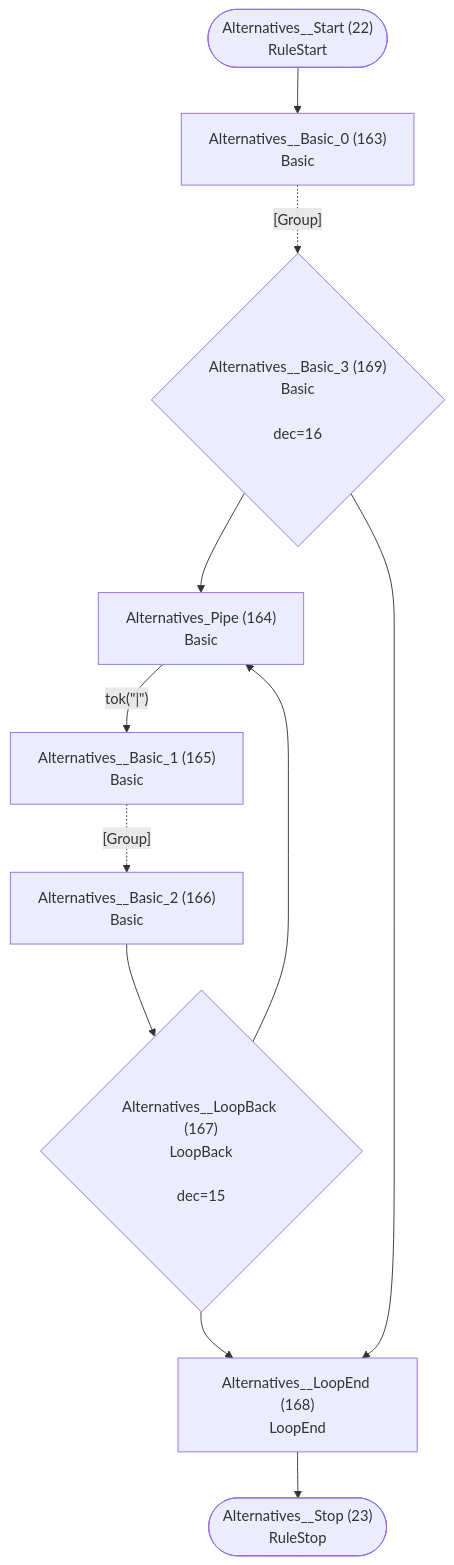
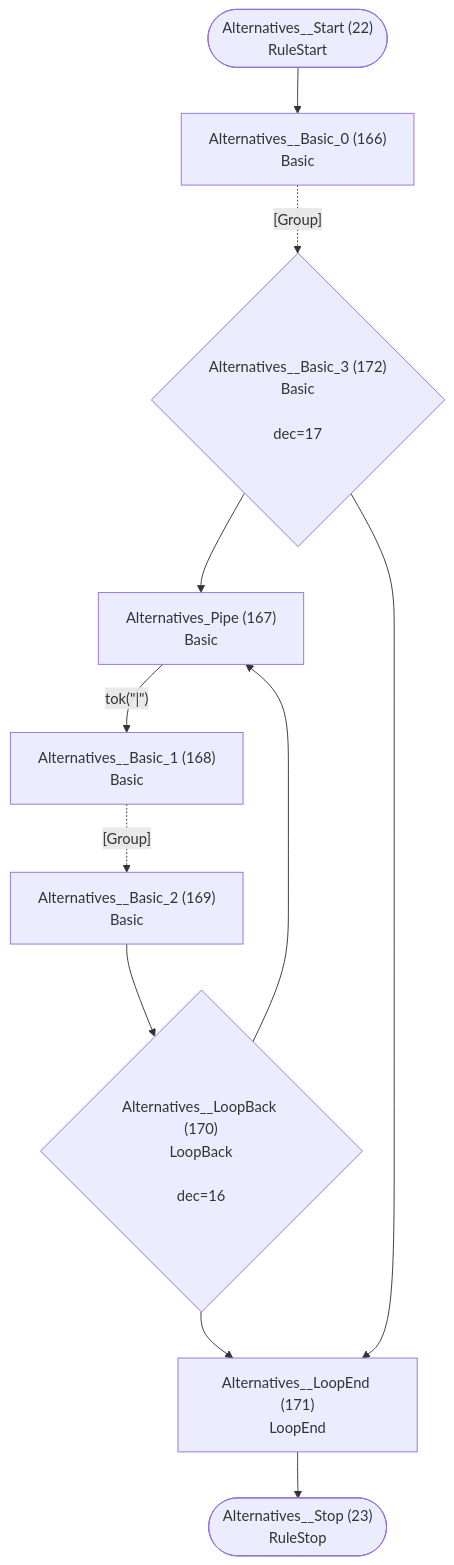
Before and after one commit to TypeFox/fastbelt: diagram 12 of 26 in internal/grammar/atn.md, drawn with Mermaid. The commit also changed other lines of this file and 16 other files, not shown here.

````diff
--- a/internal/grammar/atn.md
+++ b/internal/grammar/atn.md
@@ -359,23 +366,23 @@
 ```mermaid
 flowchart TD
     q22(["Alternatives__Start (22)<br/>RuleStart"])
     q23(["Alternatives__Stop (23)<br/>RuleStop"])
-    q163["Alternatives__Basic_0 (163)<br/>Basic<br/>"]
-    q164["Alternatives_Pipe (164)<br/>Basic<br/>"]
-    q165["Alternatives__Basic_1 (165)<br/>Basic<br/>"]
-    q166["Alternatives__Basic_2 (166)<br/>Basic<br/>"]
-    q167{"Alternatives__LoopBack (167)<br/>LoopBack<br/><br/>dec=15"}
-    q168["Alternatives__LoopEnd (168)<br/>LoopEnd<br/>"]
-    q169{"Alternatives__Basic_3 (169)<br/>Basic<br/><br/>dec=16"}
+    q166["Alternatives__Basic_0 (166)<br/>Basic<br/>"]
+    q167["Alternatives_Pipe (167)<br/>Basic<br/>"]
+    q168["Alternatives__Basic_1 (168)<br/>Basic<br/>"]
+    q169["Alternatives__Basic_2 (169)<br/>Basic<br/>"]
+    q170{"Alternatives__LoopBack (170)<br/>LoopBack<br/><br/>dec=16"}
+    q171["Alternatives__LoopEnd (171)<br/>LoopEnd<br/>"]
+    q172{"Alternatives__Basic_3 (172)<br/>Basic<br/><br/>dec=17"}
 
-    q22 --> q163
-    q163 -.->|"[Group]"| q169
-    q164 -->|"tok(&quot;|&quot;)"| q165
-    q165 -.->|"[Group]"| q166
-    q166 --> q167
-    q167 --> q164
-    q167 --> q168
-    q168 --> q23
-    q169 --> q164
-    q169 --> q168
+    q22 --> q166
+    q166 -.->|"[Group]"| q172
+    q167 -->|"tok(&quot;|&quot;)"| q168
+    q168 -.->|"[Group]"| q169
+    q169 --> q170
+    q170 --> q167
+    q170 --> q171
+    q171 --> q23
+    q172 --> q167
+    q172 --> q171
 ```
````
